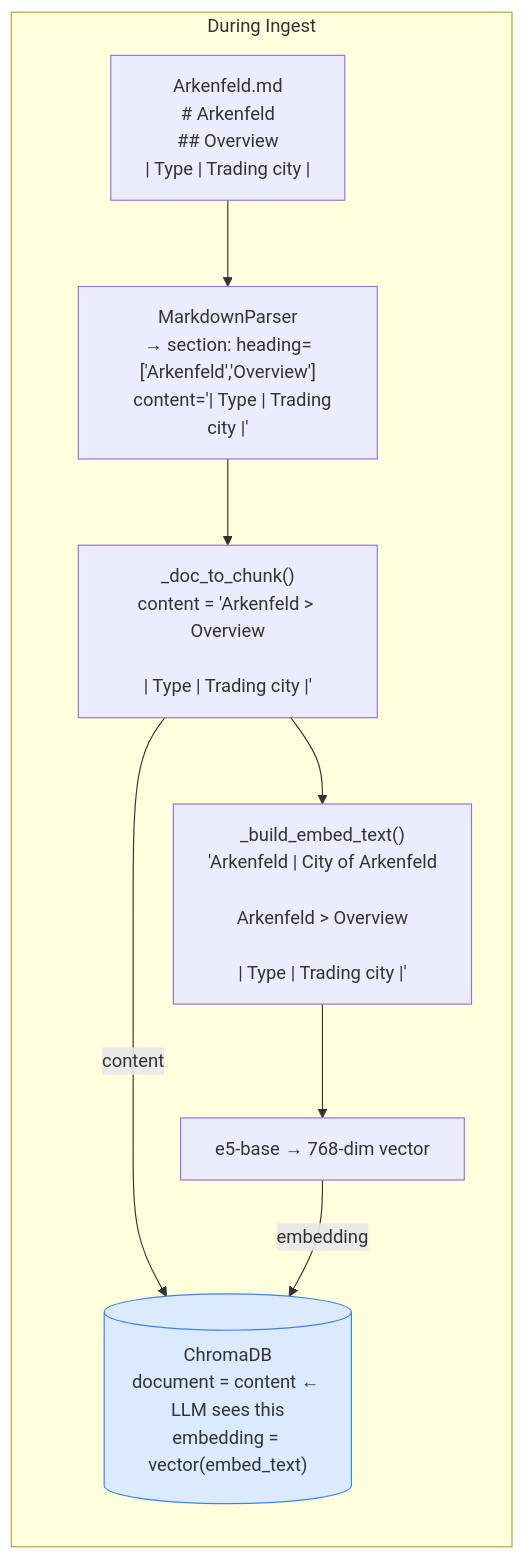
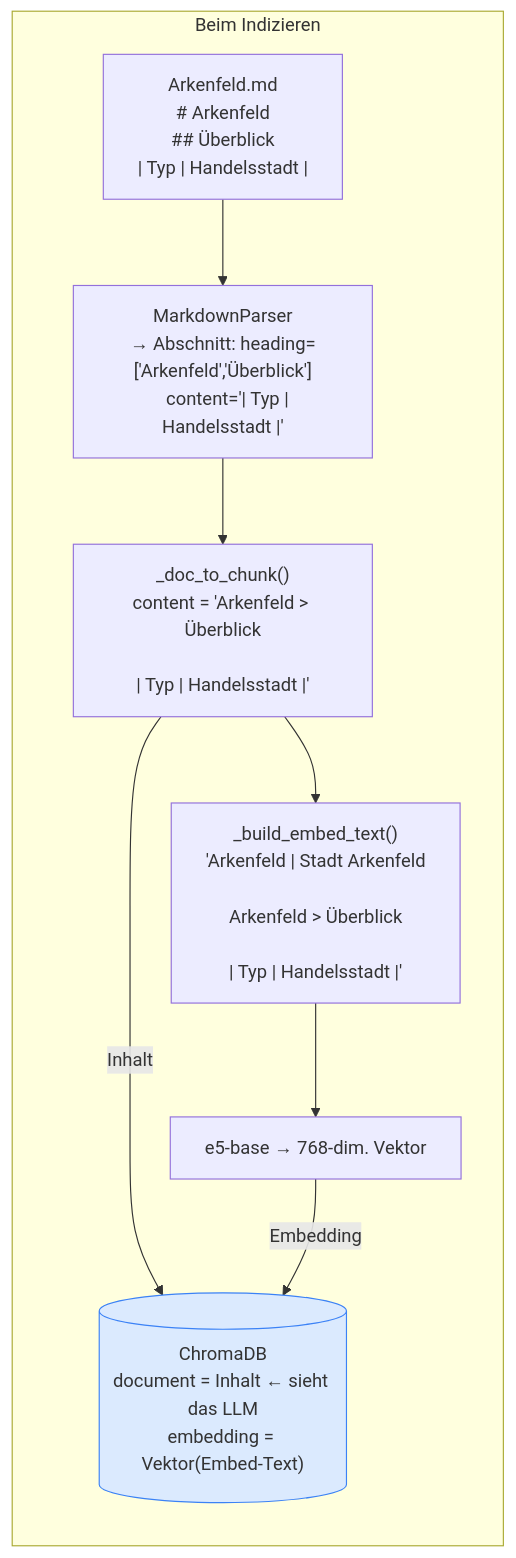
Before and after one commit to FabianHentrich/lorekeeper: the third of 5 diagrams in docs/data-flow.md, drawn with Mermaid. The commit also changed other lines of this file and 15 other files, not shown here.

````diff
--- a/docs/data-flow.md
+++ b/docs/data-flow.md
@@ -109,18 +117,18 @@
 ```mermaid
 flowchart LR
-    subgraph INGEST["During Ingest"]
+    subgraph INGEST["Beim Indizieren"]
         direction TB
-        RAW["Arkenfeld.md\n# Arkenfeld\n## Overview\n| Type | Trading city |"]
-        PARSE["MarkdownParser\n→ section: heading=['Arkenfeld','Overview']\n   content='| Type | Trading city |'"]
-        DCHUNK["_doc_to_chunk()\ncontent = 'Arkenfeld > Overview\n\n| Type | Trading city |'"]
-        ETEXT["_build_embed_text()\n'Arkenfeld | City of Arkenfeld\n\nArkenfeld > Overview\n\n| Type | Trading city |'"]
-        VEC["e5-base → 768-dim vector"]
-        DB[("ChromaDB\ndocument = content ← LLM sees this\nembedding = vector(embed_text)")]
+        RAW["Arkenfeld.md\n# Arkenfeld\n## Überblick\n| Typ | Handelsstadt |"]
+        PARSE["MarkdownParser\n→ Abschnitt: heading=['Arkenfeld','Überblick']\n   content='| Typ | Handelsstadt |'"]
+        DCHUNK["_doc_to_chunk()\ncontent = 'Arkenfeld > Überblick\n\n| Typ | Handelsstadt |'"]
+        ETEXT["_build_embed_text()\n'Arkenfeld | Stadt Arkenfeld\n\nArkenfeld > Überblick\n\n| Typ | Handelsstadt |'"]
+        VEC["e5-base → 768-dim. Vektor"]
+        DB[("ChromaDB\ndocument = Inhalt ← sieht das LLM\nembedding = Vektor(Embed-Text)")]
 
         RAW --> PARSE --> DCHUNK --> ETEXT --> VEC
-        DCHUNK -->|"content"| DB
-        VEC -->|"embedding"| DB
+        DCHUNK -->|"Inhalt"| DB
+        VEC -->|"Embedding"| DB
     end
 
     style DB fill:#dbeafe,stroke:#3b82f6
 ```
````
